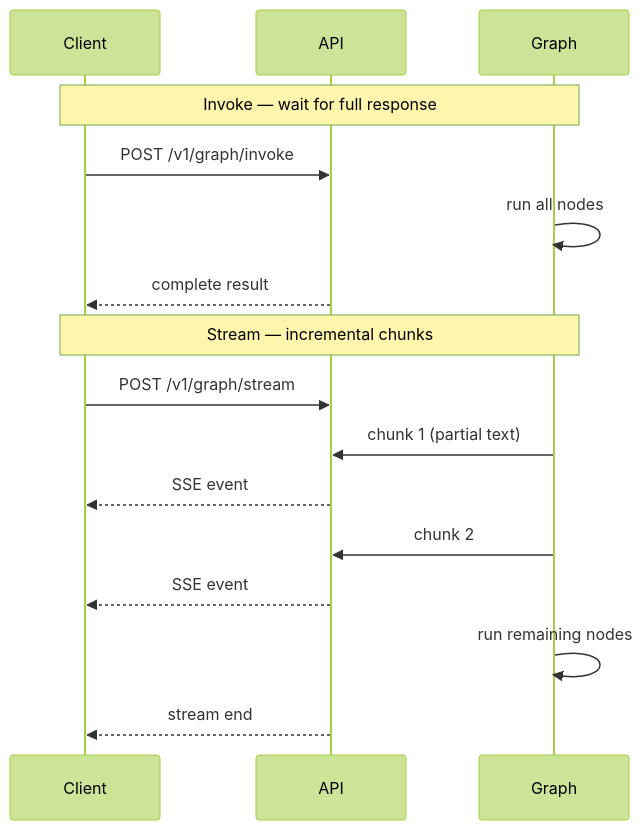
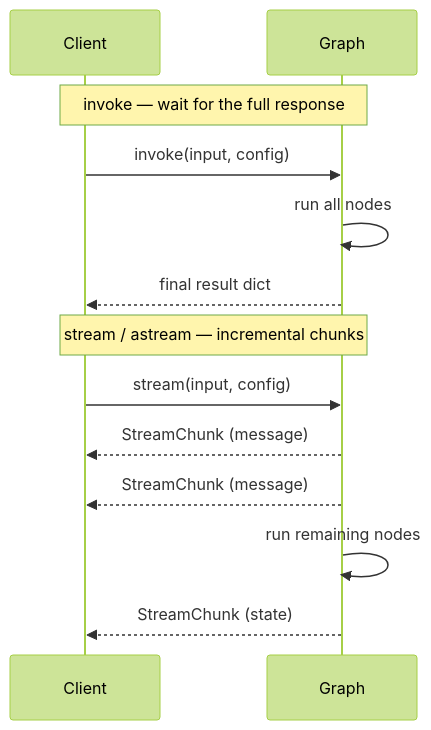
One commit to 10xHub/agentflow-docs changed the diagram in docs/concepts/streaming.md. Above: the diagram before and after it, drawn with Mermaid (forest theme). The commit also changed other lines of this file and 8 other files, not shown here.

````diff
--- a/docs/concepts/streaming.md
+++ b/docs/concepts/streaming.md
@@ -12,20 +14,17 @@
 ```mermaid
 sequenceDiagram
   participant Client
-  participant API
   participant Graph
 
-  Note over Client,Graph: Invoke — wait for full response
-  Client->>API: POST /v1/graph/invoke
+  Note over Client,Graph: invoke — wait for the full response
+  Client->>Graph: invoke(input, config)
   Graph->>Graph: run all nodes
-  API-->>Client: complete result
+  Graph-->>Client: final result dict
 
-  Note over Client,Graph: Stream — incremental chunks
-  Client->>API: POST /v1/graph/stream
-  Graph->>API: chunk 1 (partial text)
-  API-->>Client: SSE event
-  Graph->>API: chunk 2
-  API-->>Client: SSE event
+  Note over Client,Graph: stream / astream — incremental chunks
+  Client->>Graph: stream(input, config)
+  Graph-->>Client: StreamChunk (message)
+  Graph-->>Client: StreamChunk (message)
   Graph->>Graph: run remaining nodes
-  API-->>Client: stream end
+  Graph-->>Client: StreamChunk (state)
 ```
````
